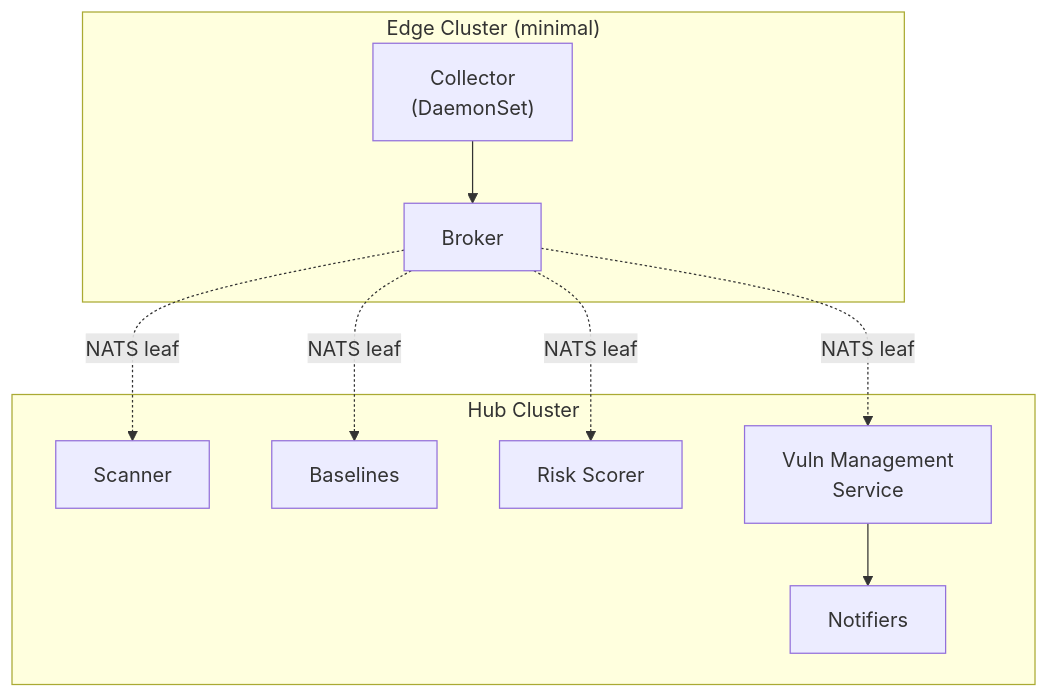
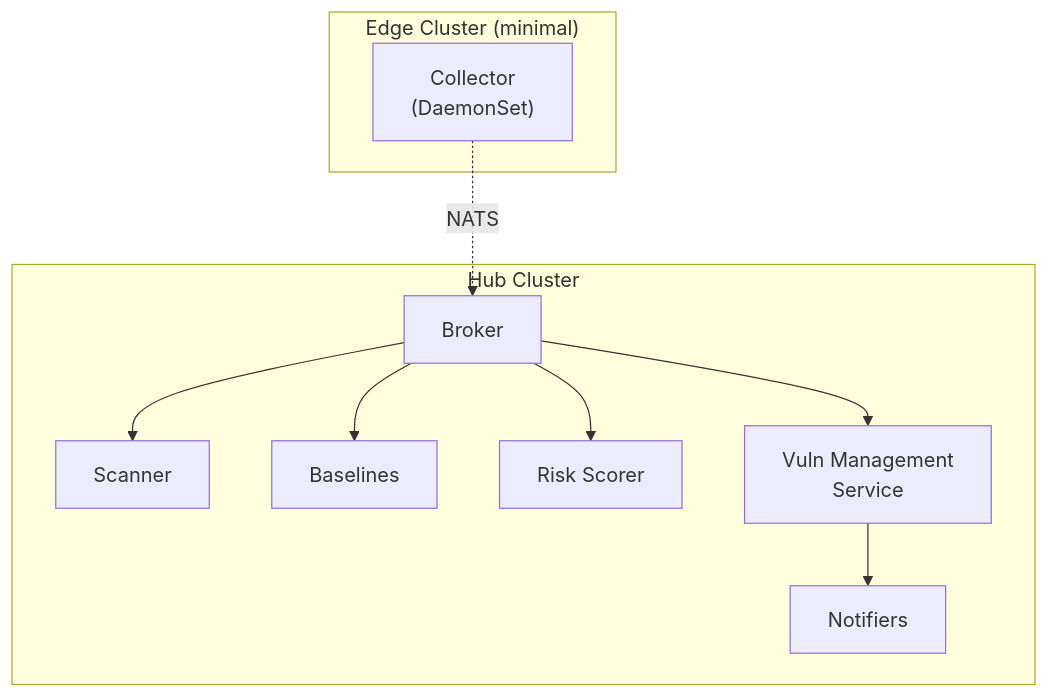
The third of 3 diagrams in docs/architecture/deployment.md (kylape/acs-next), drawn with Mermaid before and after one commit. The commit also changed other lines of this file, not shown here.

Commit message:
Move broker to hub in edge cluster profile
For minimal edge footprint, only Collector runs on-cluster. Broker and
all processing components run on the hub.

````diff
--- a/docs/architecture/deployment.md
+++ b/docs/architecture/deployment.md
@@ -66,23 +66,23 @@
 ```mermaid
 graph TB
     subgraph edge["Edge Cluster (minimal)"]
         collector["Collector<br/>(DaemonSet)"]
-        broker["Broker"]
-
-        collector --> broker
     end
 
     subgraph hub["Hub Cluster"]
+        broker["Broker"]
         scanner["Scanner"]
         baselines["Baselines"]
         risk["Risk Scorer"]
         vulnmgmt["Vuln Management<br/>Service"]
         notifiers["Notifiers"]
+
+        broker --> scanner
+        broker --> baselines
+        broker --> risk
+        broker --> vulnmgmt
+        vulnmgmt --> notifiers
     end
 
-    broker -.->|NATS leaf| scanner
-    broker -.->|NATS leaf| baselines
-    broker -.->|NATS leaf| risk
-    broker -.->|NATS leaf| vulnmgmt
-    vulnmgmt --> notifiers
+    collector -.->|NATS| broker
 ```
````
